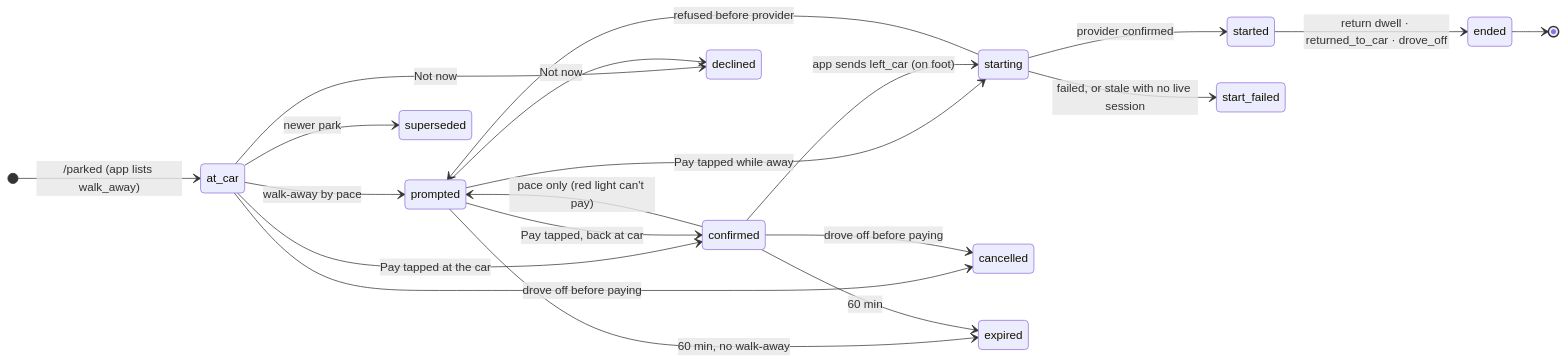
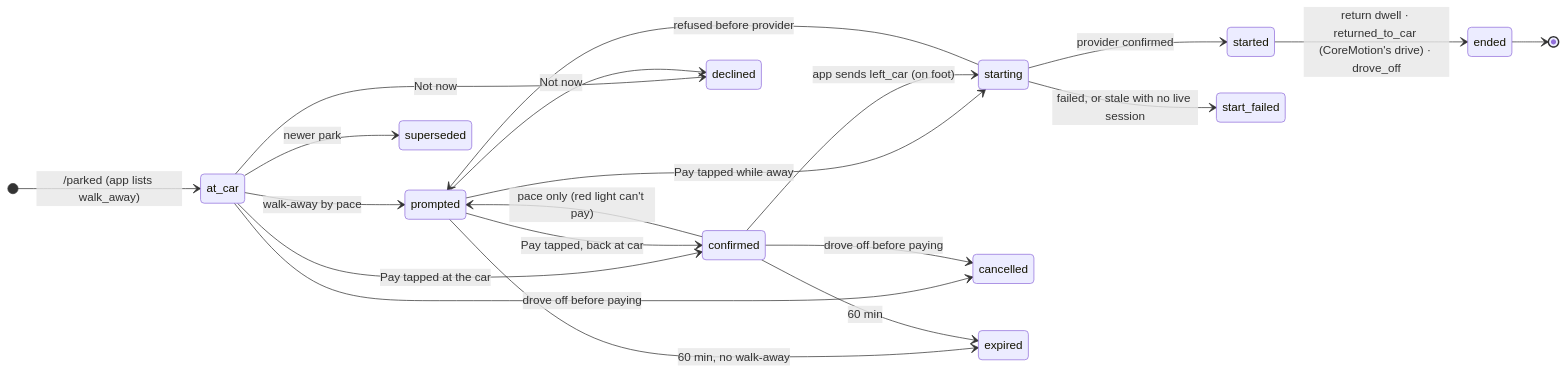
Before and after one commit to thomasbardhi01/parkagent: the second of 4 diagrams in docs/architecture.md, drawn with Mermaid. The commit also changed 13 other files, not shown here.

````diff
--- a/docs/architecture.md
+++ b/docs/architecture.md
@@ -72,23 +72,23 @@
 ```mermaid
 stateDiagram-v2
   direction LR
   [*] --> at_car: /parked (app lists walk_away)
   at_car --> prompted: walk-away by pace
   at_car --> confirmed: Pay tapped at the car
   prompted --> confirmed: Pay tapped, back at car
   prompted --> starting: Pay tapped while away
   confirmed --> starting: app sends left_car (on foot)
   confirmed --> prompted: pace only (red light can't pay)
   starting --> started: provider confirmed
   starting --> start_failed: failed, or stale with no live session
   starting --> prompted: refused before provider
-  started --> ended: return dwell · returned_to_car · drove_off
+  started --> ended: return dwell · returned_to_car (CoreMotion's drive) · drove_off
   at_car --> declined: Not now
   prompted --> declined: Not now
   at_car --> cancelled: drove off before paying
   confirmed --> cancelled: drove off before paying
   at_car --> superseded: newer park
   prompted --> expired: 60 min, no walk-away
   confirmed --> expired: 60 min
   ended --> [*]
 ```
````
